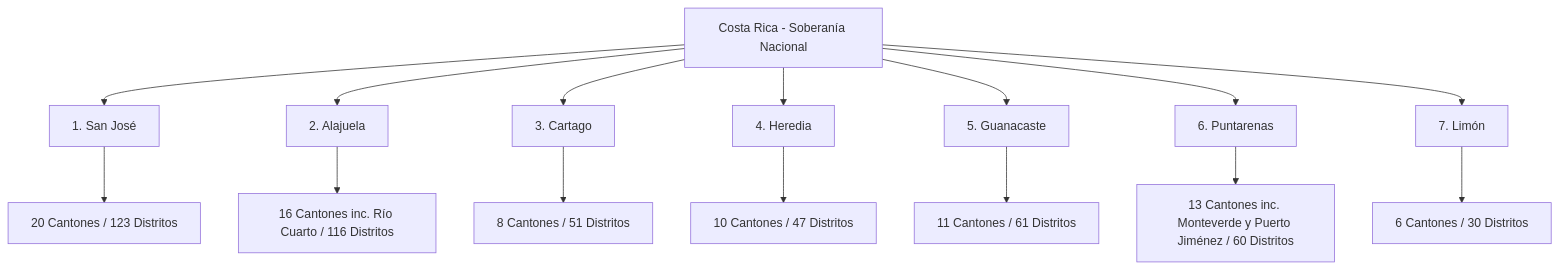
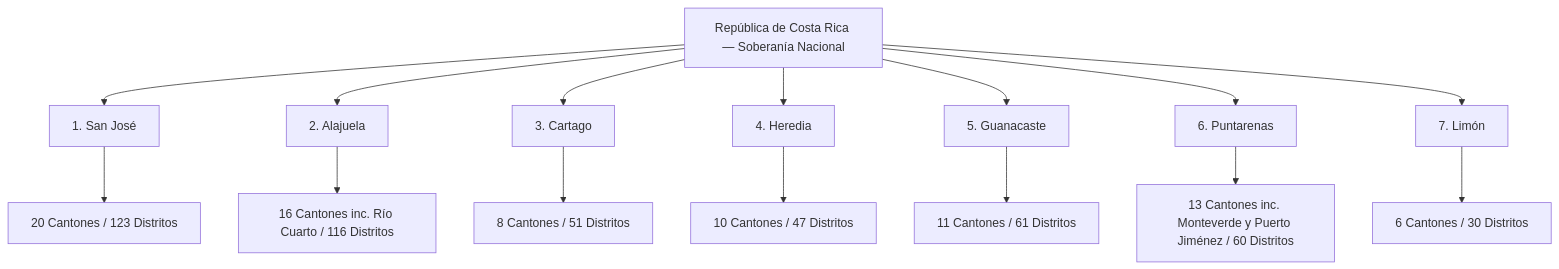
One commit to eikabarc2008fwdcostarica-cpu/CostaRicaUnidos-Plataforma-Web-Integral changed the second of 2 diagrams in README.md. Above: the diagram before and after it, drawn with Mermaid. The commit also changed other lines of this file and 4 other files, not shown here.

````diff
--- a/README.md
+++ b/README.md
@@ -67,18 +254,18 @@
 ```mermaid
 graph TD
-    CR[Costa Rica - Soberanía Nacional] --> P1[1. San José]
+    CR[República de Costa Rica — Soberanía Nacional] --> P1[1. San José]
     CR --> P2[2. Alajuela]
     CR --> P3[3. Cartago]
     CR --> P4[4. Heredia]
     CR --> P5[5. Guanacaste]
     CR --> P6[6. Puntarenas]
     CR --> P7[7. Limón]
 
     P1 --> C_SJ[20 Cantones / 123 Distritos]
     P2 --> C_AL[16 Cantones inc. Río Cuarto / 116 Distritos]
     P3 --> C_CA[8 Cantones / 51 Distritos]
     P4 --> C_HE[10 Cantones / 47 Distritos]
     P5 --> C_GU[11 Cantones / 61 Distritos]
     P6 --> C_PU[13 Cantones inc. Monteverde y Puerto Jiménez / 60 Distritos]
     P7 --> C_LI[6 Cantones / 30 Distritos]
 ```
````
